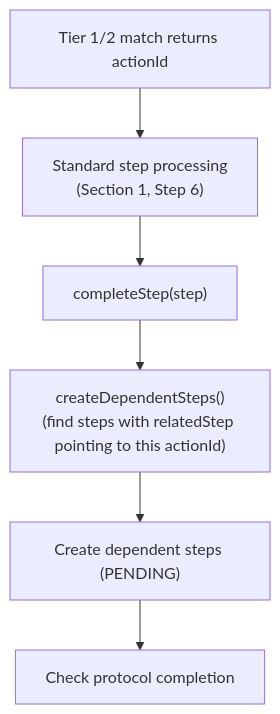
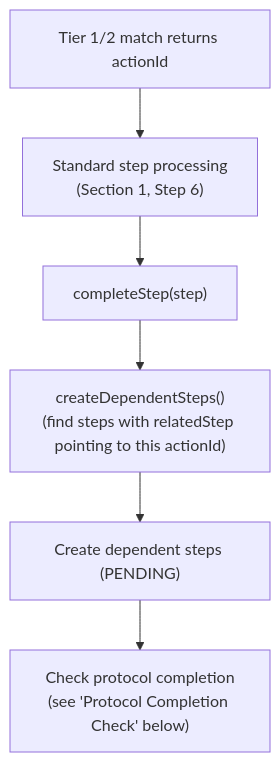
The tenth of 12 diagrams in docs/flow-diagrams.md (Jayaprakash8887/cce-compliance-service), drawn with Mermaid before and after one commit. The commit also changed other lines of this file and 8 other files, not shown here.

````diff
--- a/docs/flow-diagrams.md
+++ b/docs/flow-diagrams.md
@@ -506,8 +525,8 @@
 ```mermaid
 flowchart TD
     MATCH["Tier 1/2 match returns actionId"] --> NORMAL["Standard step processing<br/>(Section 1, Step 6)"]
     NORMAL --> COMPLETE["completeStep(step)"]
     COMPLETE --> DEPS["createDependentSteps()<br/>(find steps with relatedStep pointing to this actionId)"]
     DEPS --> CREATED["Create dependent steps (PENDING)"]
-    CREATED --> CHECK["Check protocol completion"]
+    CREATED --> CHECK["Check protocol completion<br/>(see 'Protocol Completion Check' below)"]
 ```
````
